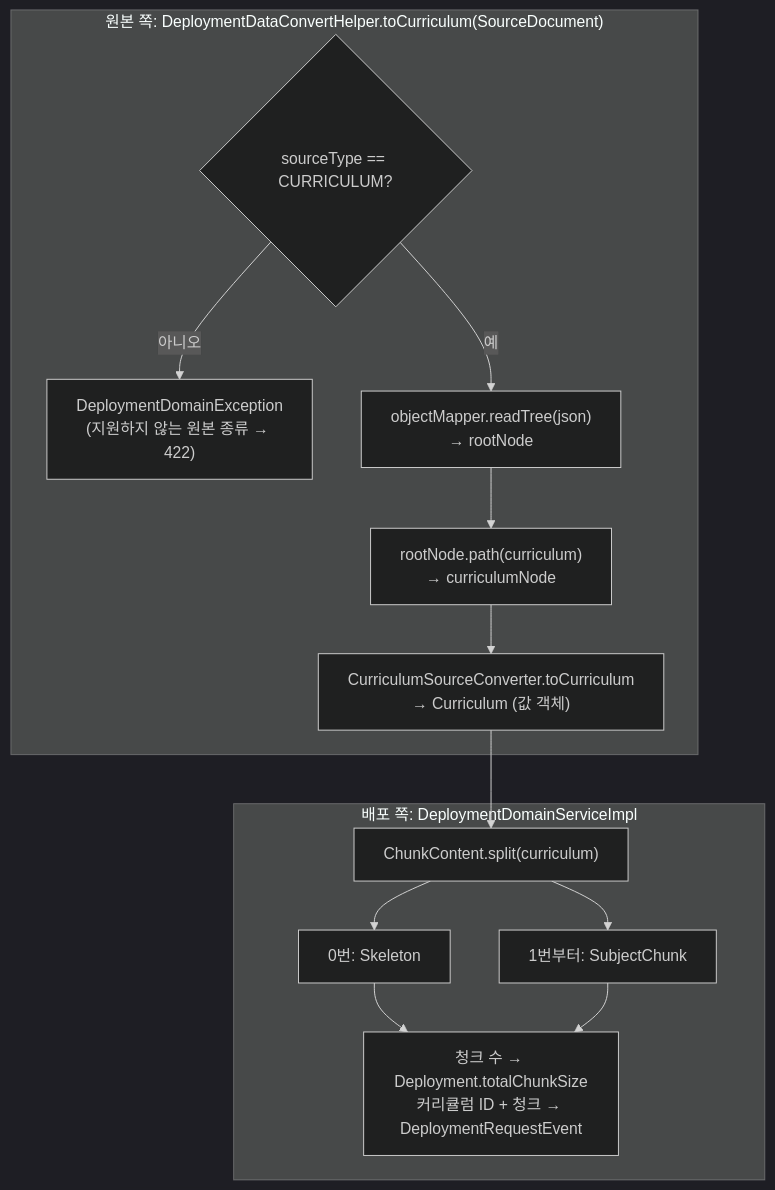
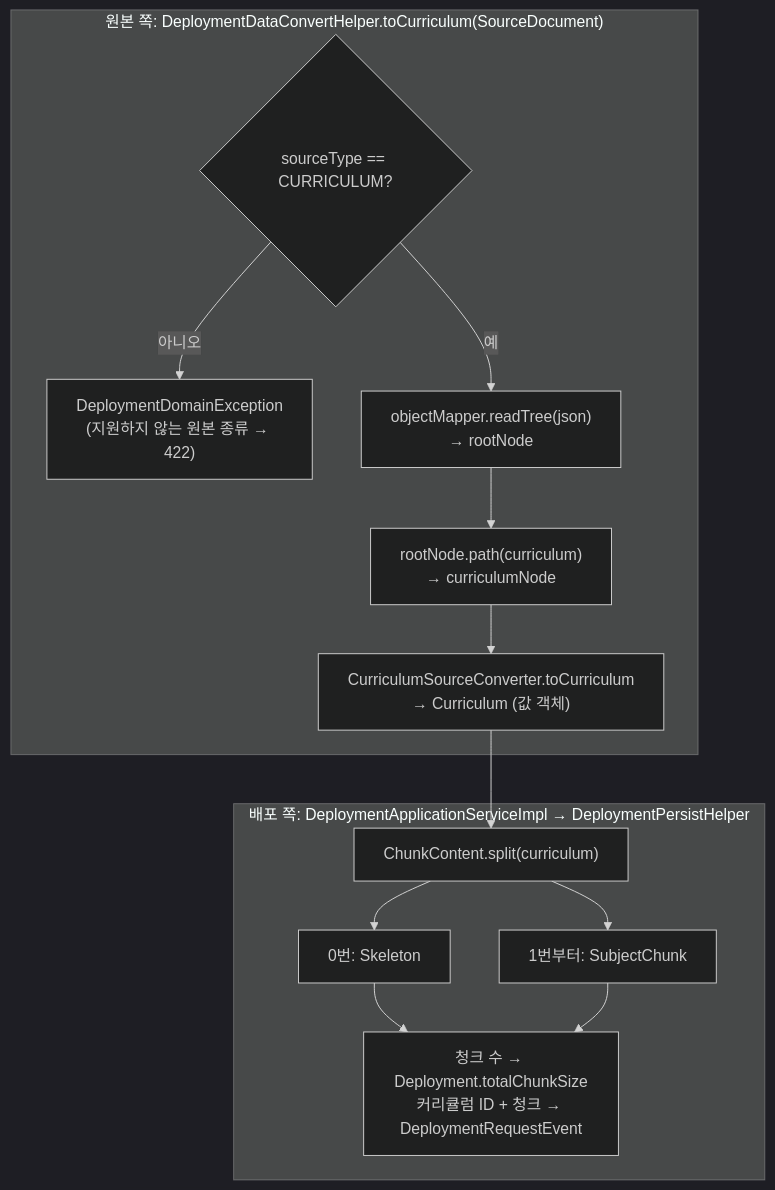
Before and after one commit to brunosong/transfersystem: the tenth of 15 diagrams in docs/system/source-read.md, drawn with Mermaid (dark theme). The commit also changed other lines of this file and 6 other files, not shown here.

````diff
--- a/docs/system/source-read.md
+++ b/docs/system/source-read.md
@@ -289,17 +288,17 @@
 ```mermaid
 flowchart TD
   subgraph SRC["원본 쪽: DeploymentDataConvertHelper.toCurriculum(SourceDocument)"]
     D{"sourceType == CURRICULUM?"}
     D -- 아니오 --> E["DeploymentDomainException<br/>(지원하지 않는 원본 종류 → 422)"]
     D -- 예 --> B["objectMapper.readTree(json)<br/>→ rootNode"]
     B --> C["rootNode.path(curriculum)<br/>→ curriculumNode"]
     C --> F["CurriculumSourceConverter.toCurriculum<br/>→ Curriculum (값 객체)"]
   end
-  subgraph DEP["배포 쪽: DeploymentDomainServiceImpl"]
+  subgraph DEP["배포 쪽: DeploymentApplicationServiceImpl → DeploymentPersistHelper"]
     F --> G["ChunkContent.split(curriculum)"]
     G --> H["0번: Skeleton"]
     G --> I["1번부터: SubjectChunk"]
     H --> J["청크 수 → Deployment.totalChunkSize<br/>커리큘럼 ID + 청크 → DeploymentRequestEvent"]
     I --> J
   end
 ```
````
